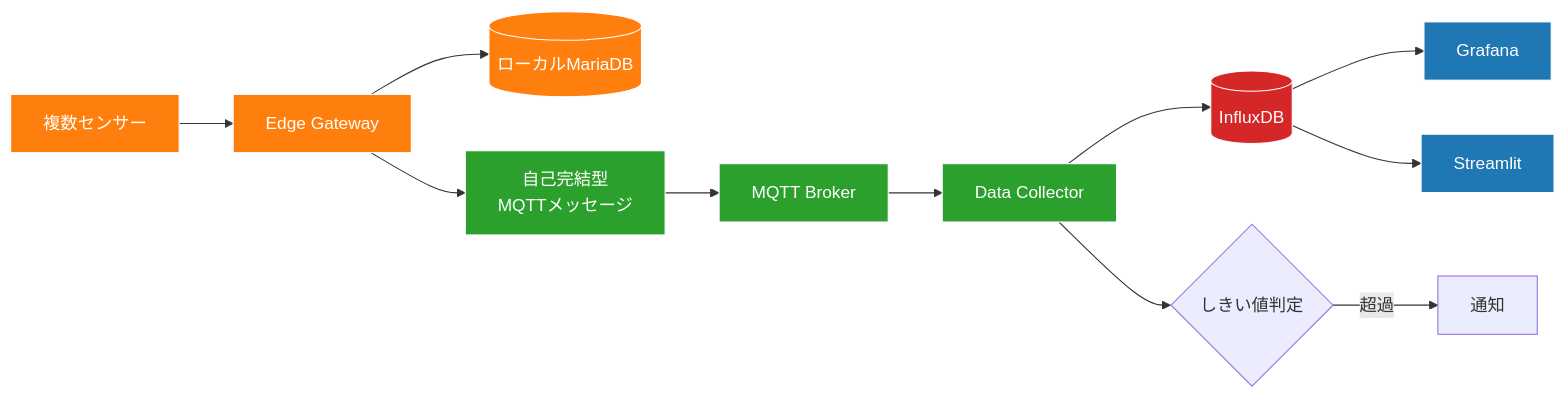
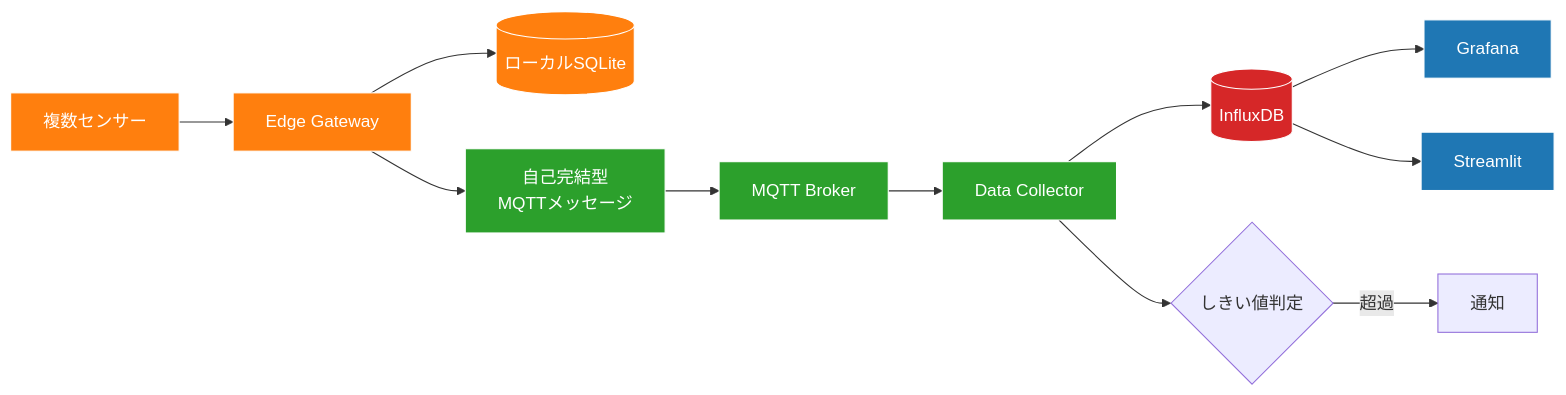
One commit to w-pinkietech/iot4-copy changed the third of 3 diagrams in docs/architecture/sensor-collection-architecture.md. Above: the diagram before and after it, drawn with Mermaid. The commit also changed other lines of this file and 1 other file, not shown here.

First line of the commit message:
docs: Replace MariaDB with SQLite for edge gateway local storage

````diff
--- a/docs/architecture/sensor-collection-architecture.md
+++ b/docs/architecture/sensor-collection-architecture.md
@@ -831,25 +830,25 @@
 ```mermaid
 flowchart LR
     Sensors[複数センサー] --> Gateway[Edge Gateway]
-    Gateway --> LocalDB[(ローカルMariaDB)]
+    Gateway --> LocalDB[(ローカルSQLite)]
     Gateway --> Message[自己完結型<br/>MQTTメッセージ]
     
     Message --> MQTT[MQTT Broker]
     MQTT --> Collector[Data Collector]
     Collector --> InfluxDB[(InfluxDB)]
     Collector --> Alert{しきい値判定}
     Alert -->|超過| Notify[通知]
     
     InfluxDB --> Grafana[Grafana]
     InfluxDB --> Streamlit[Streamlit]
     
     style Sensors fill:#ff7f0e,stroke:#fff,color:#fff
     style Gateway fill:#ff7f0e,stroke:#fff,color:#fff
     style LocalDB fill:#ff7f0e,stroke:#fff,color:#fff
     style Message fill:#2ca02c,stroke:#fff,color:#fff
     style MQTT fill:#2ca02c,stroke:#fff,color:#fff
     style Collector fill:#2ca02c,stroke:#fff,color:#fff
     style InfluxDB fill:#d62728,stroke:#fff,color:#fff
     style Grafana fill:#1f77b4,stroke:#fff,color:#fff
     style Streamlit fill:#1f77b4,stroke:#fff,color:#fff
 ```
````
